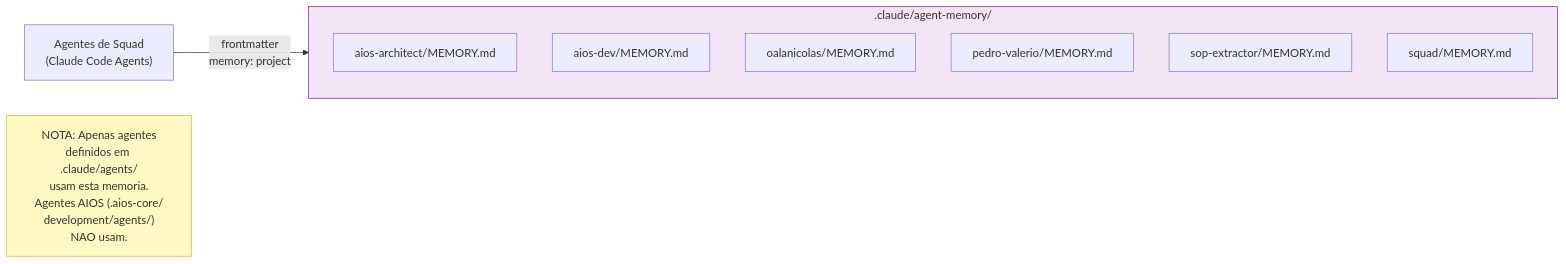
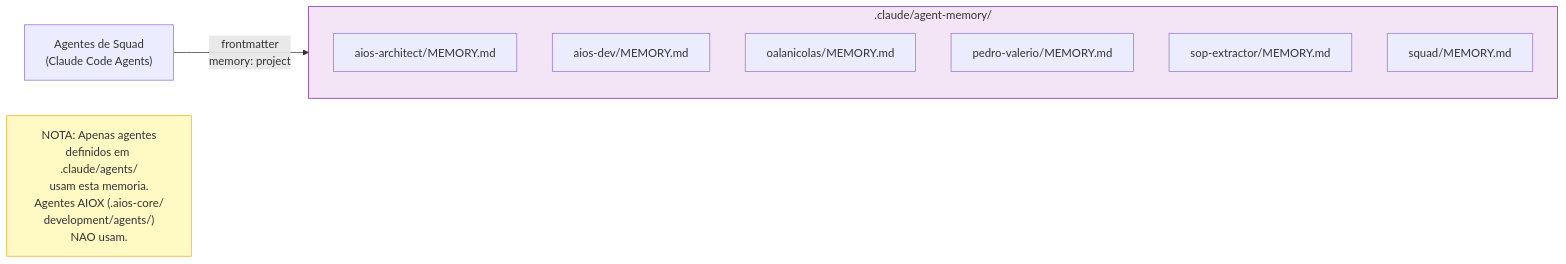
Before and after one commit to fabioeducacross/-Book-de-Resultados: the fifth of 18 diagrams in docs/guides/MEMORY-SYSTEM.md, drawn with Mermaid. The commit also changed other lines of this file and 867 other files, not shown here.

First line of the commit message:
chore: update aios-core, tests, configs and documentation

````diff
--- a/docs/guides/MEMORY-SYSTEM.md
+++ b/docs/guides/MEMORY-SYSTEM.md
@@ -227,18 +227,18 @@
 ```mermaid
 flowchart LR
     subgraph AGENT_MEM[".claude/agent-memory/"]
         AM1["aios-architect/MEMORY.md"]
         AM2["aios-dev/MEMORY.md"]
         AM3["oalanicolas/MEMORY.md"]
         AM4["pedro-valerio/MEMORY.md"]
         AM5["sop-extractor/MEMORY.md"]
         AM6["squad/MEMORY.md"]
     end
 
     SQUAD_AGENTS["Agentes de Squad<br/>(Claude Code Agents)"] -->|"frontmatter<br/>memory: project"| AGENT_MEM
 
-    NOTE["NOTA: Apenas agentes<br/>definidos em .claude/agents/<br/>usam esta memoria.<br/>Agentes AIOS (.aios-core/<br/>development/agents/)<br/>NAO usam."]
+    NOTE["NOTA: Apenas agentes<br/>definidos em .claude/agents/<br/>usam esta memoria.<br/>Agentes AIOX (.aios-core/<br/>development/agents/)<br/>NAO usam."]
 
     style AGENT_MEM fill:#F3E5F5,stroke:#7B1FA2
     style NOTE fill:#FFF9C4,stroke:#F9A825
 ```
````
